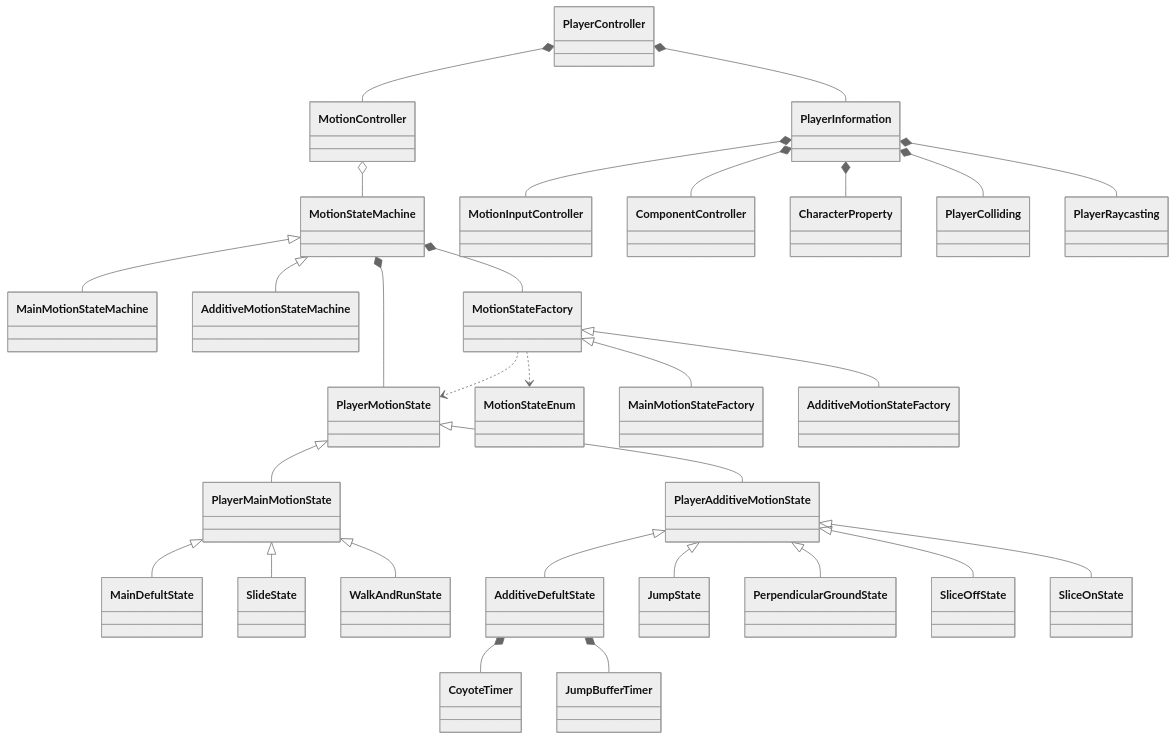
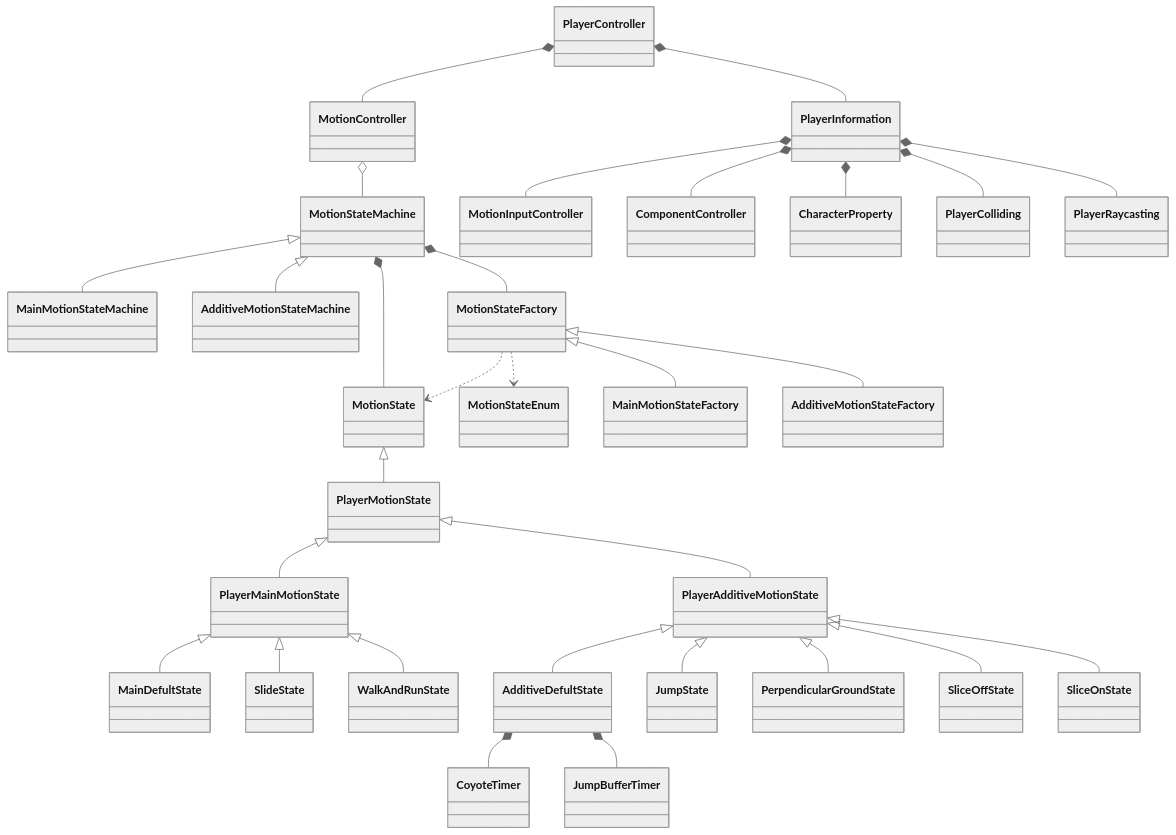
Before and after one commit to flicker-studio/RimeEditor: the fourth of 5 diagrams in README.md, drawn with Mermaid (neutral theme). The commit also changed other lines of this file and 32 other files, not shown here.

````diff
--- a/README.md
+++ b/README.md
@@ -152,31 +171,32 @@
 ```mermaid
 classDiagram
 MotionStateMachine <|-- MainMotionStateMachine
 MotionStateMachine <|-- AdditiveMotionStateMachine
-MotionStateMachine *-- PlayerMotionState
+MotionStateMachine *-- MotionState
 MotionStateMachine *-- MotionStateFactory
-MotionStateFactory ..> PlayerMotionState
+MotionStateFactory ..> MotionState
 MotionStateFactory ..> MotionStateEnum
 MotionStateFactory <|-- MainMotionStateFactory
 MotionStateFactory <|-- AdditiveMotionStateFactory
 MotionController o-- MotionStateMachine
 PlayerController *-- MotionController
 PlayerInformation *-- MotionInputController
 PlayerInformation *-- ComponentController
 PlayerController *-- PlayerInformation
 PlayerInformation *-- CharacterProperty
 PlayerInformation *-- PlayerColliding
 PlayerInformation *-- PlayerRaycasting
 AdditiveDefultState *-- CoyoteTimer
 AdditiveDefultState *-- JumpBufferTimer
 PlayerMainMotionState <|-- MainDefultState
 PlayerMainMotionState <|-- SlideState
 PlayerAdditiveMotionState <|-- AdditiveDefultState
 PlayerMainMotionState <|-- WalkAndRunState
 PlayerAdditiveMotionState <|-- JumpState
 PlayerAdditiveMotionState <|-- PerpendicularGroundState
 PlayerAdditiveMotionState <|-- SliceOffState
 PlayerAdditiveMotionState <|-- SliceOnState
 PlayerMotionState <|-- PlayerMainMotionState
 PlayerMotionState <|-- PlayerAdditiveMotionState
+MotionState <|-- PlayerMotionState
 ```
````
